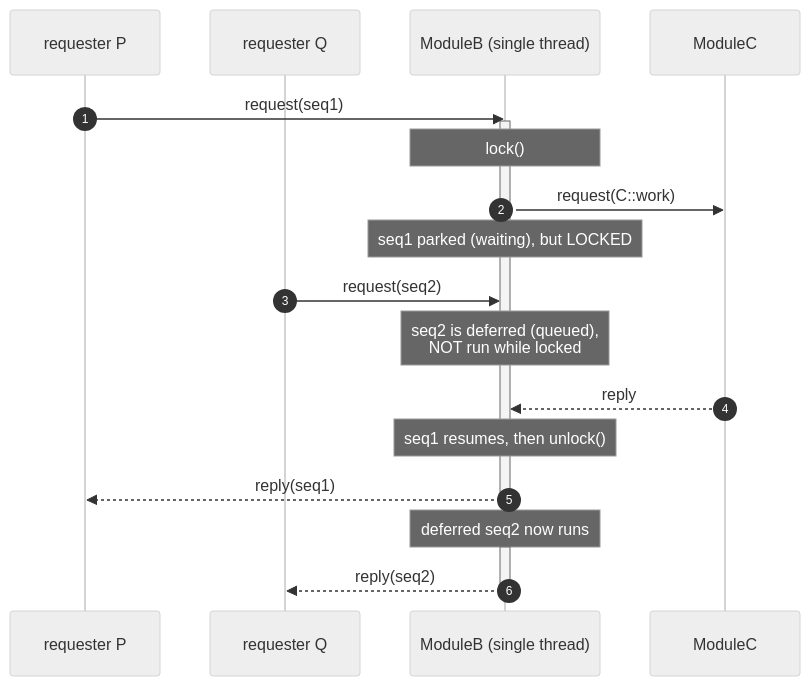
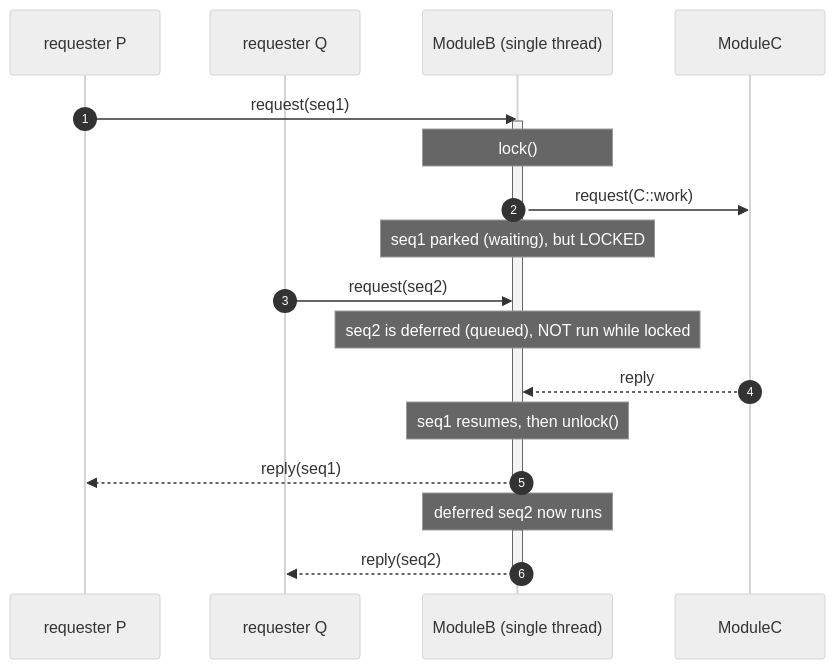
The third of 3 diagrams in README.md (ysan/coseq), drawn with Mermaid (neutral theme) before and after one commit. The commit also changed other lines of this file and 1 other file, not shown here.

Commit message:
docs: fix mermaid notes (remove <br/> that broke GitHub rendering)

````diff
--- a/README.md
+++ b/README.md
@@ -180,24 +180,24 @@
 ```mermaid
 sequenceDiagram
     autonumber
     participant P as requester P
     participant Q as requester Q
     participant B as ModuleB (single thread)
     participant C as ModuleC
 
     P->>B: request(seq1)
     activate B
     Note over B: lock()
     B->>C: request(C::work)
     Note over B: seq1 parked (waiting), but LOCKED
     Q->>B: request(seq2)
-    Note over B: seq2 is deferred (queued),<br/>NOT run while locked
+    Note over B: seq2 is deferred (queued), NOT run while locked
     C-->>B: reply
     Note over B: seq1 resumes, then unlock()
     B-->>P: reply(seq1)
     deactivate B
     Note over B: deferred seq2 now runs
     activate B
     B-->>Q: reply(seq2)
     deactivate B
 ```
````
